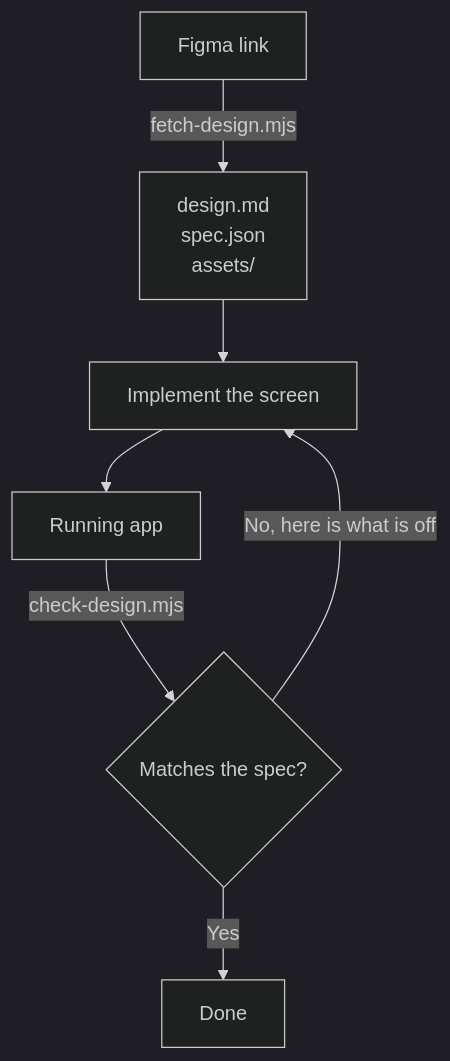
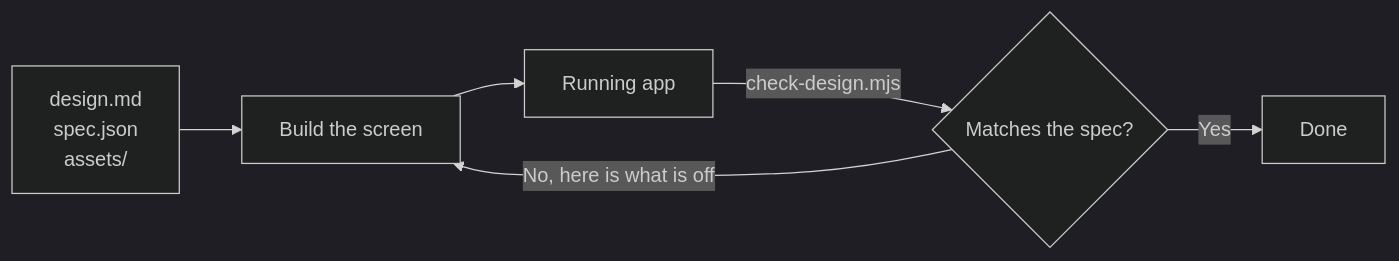
Before and after one commit to pixiv/charcoal: the diagram in skills/implement-figma-design/SKILL.md, drawn with Mermaid (dark theme). The commit also changed other lines of this file and 8 other files, not shown here.

````diff
--- a/skills/implement-figma-design/SKILL.md
+++ b/skills/implement-figma-design/SKILL.md
@@ -12,9 +12,8 @@
 ```mermaid
-flowchart TD
-    link[Figma link] -->|fetch-design.mjs| pack[design.md<br/>spec.json<br/>assets/]
-    pack --> build[Implement the screen]
+flowchart LR
+    pack[design.md<br>spec.json<br>assets/] --> build[Build the screen]
     build --> app[Running app]
     app -->|check-design.mjs| ask{Matches the spec?}
     ask -->|No, here is what is off| build
     ask -->|Yes| done[Done]
 ```
````
